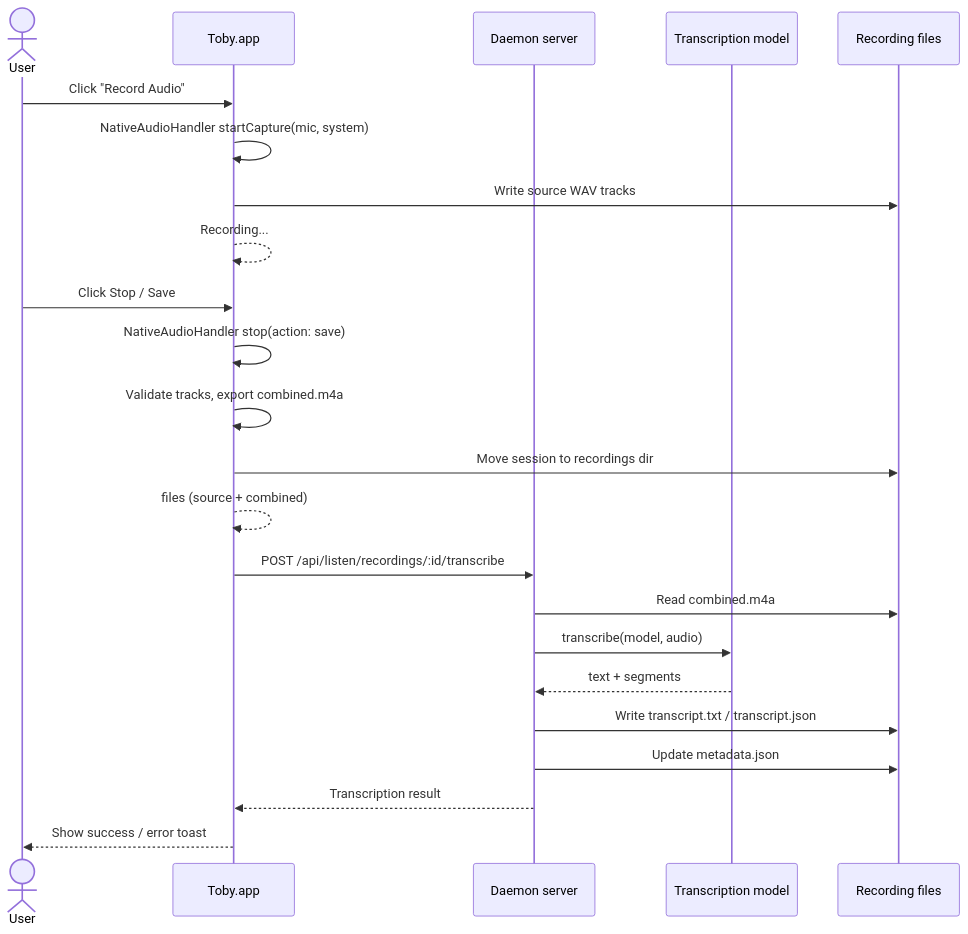
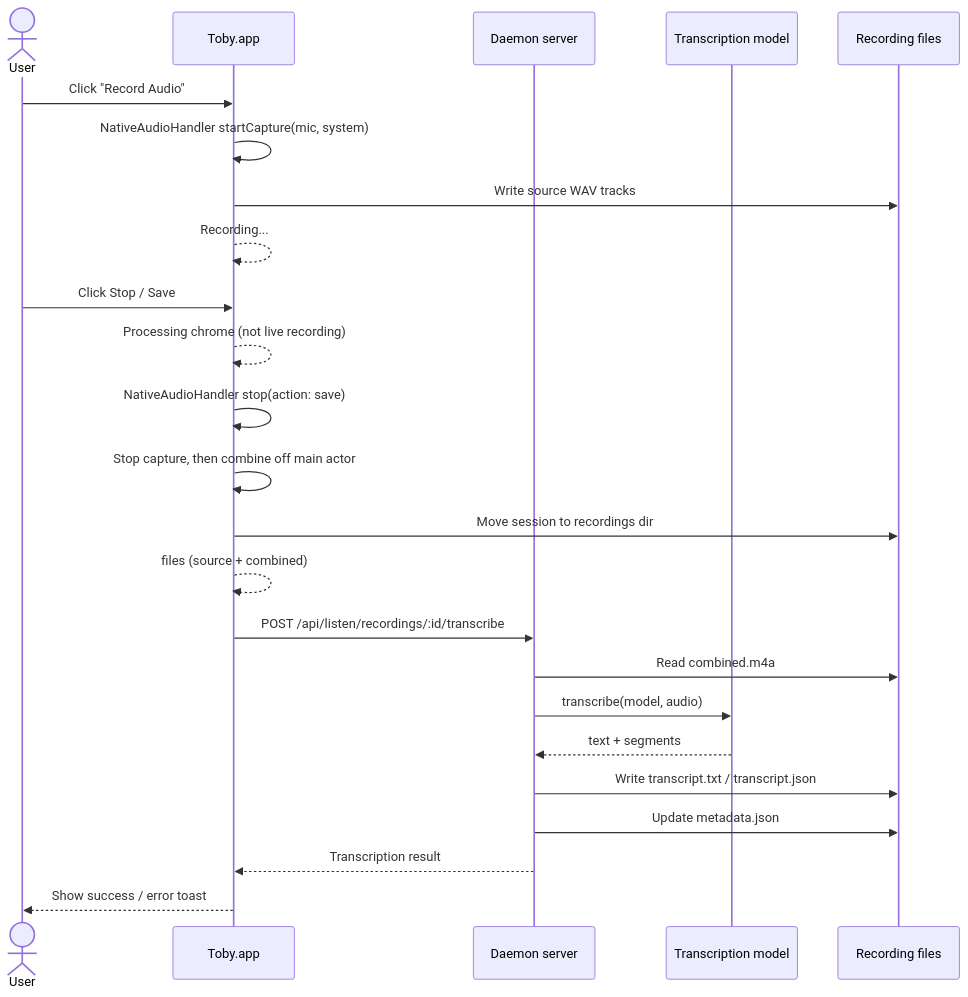
Before and after one commit to kshehadeh/toby: the diagram in docs/listen.md, drawn with Mermaid. The commit also changed other lines of this file and 27 other files, not shown here.

First line of the commit message:
fix(listen): show processing after stop

````diff
--- a/docs/listen.md
+++ b/docs/listen.md
@@ -93,28 +100,29 @@
 ```mermaid
 sequenceDiagram
     actor User
     participant App as Toby.app
     participant Daemon as Daemon server
     participant Model as Transcription model
     participant Files as Recording files
 
     User->>App: Click "Record Audio"
     App->>App: NativeAudioHandler startCapture(mic, system)
     App->>Files: Write source WAV tracks
     App-->>App: Recording...
 
     User->>App: Click Stop / Save
+    App-->>App: Processing chrome (not live recording)
     App->>App: NativeAudioHandler stop(action: save)
-    App->>App: Validate tracks, export combined.m4a
+    App->>App: Stop capture, then combine off main actor
     App->>Files: Move session to recordings dir
     App-->>App: files (source + combined)
 
     App->>Daemon: POST /api/listen/recordings/:id/transcribe
     Daemon->>Files: Read combined.m4a
     Daemon->>Model: transcribe(model, audio)
     Model-->>Daemon: text + segments
     Daemon->>Files: Write transcript.txt / transcript.json
     Daemon->>Files: Update metadata.json
     Daemon-->>App: Transcription result
     App-->>User: Show success / error toast
 ```
````
